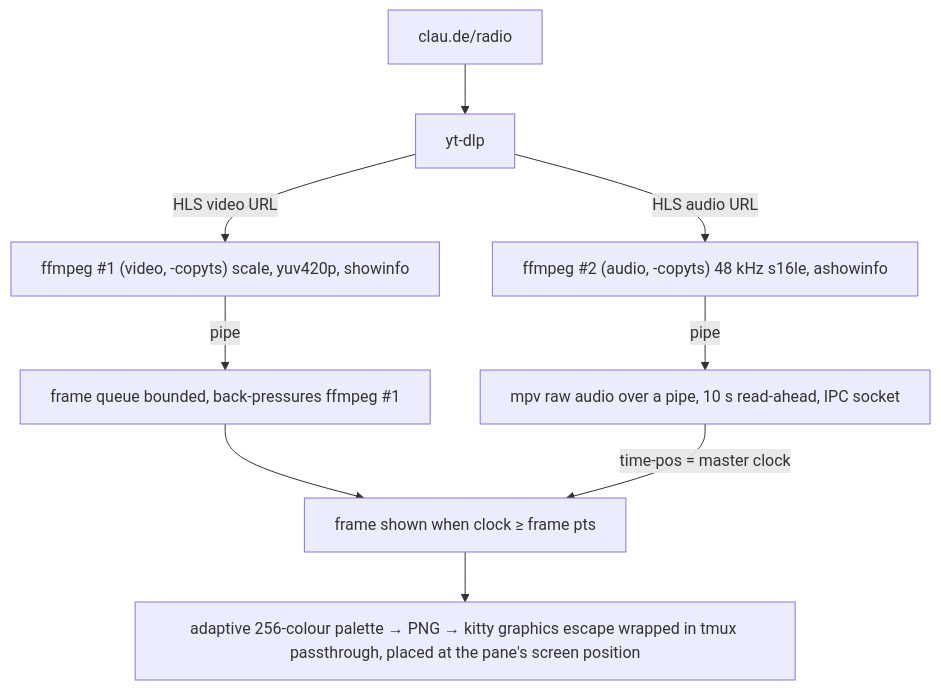
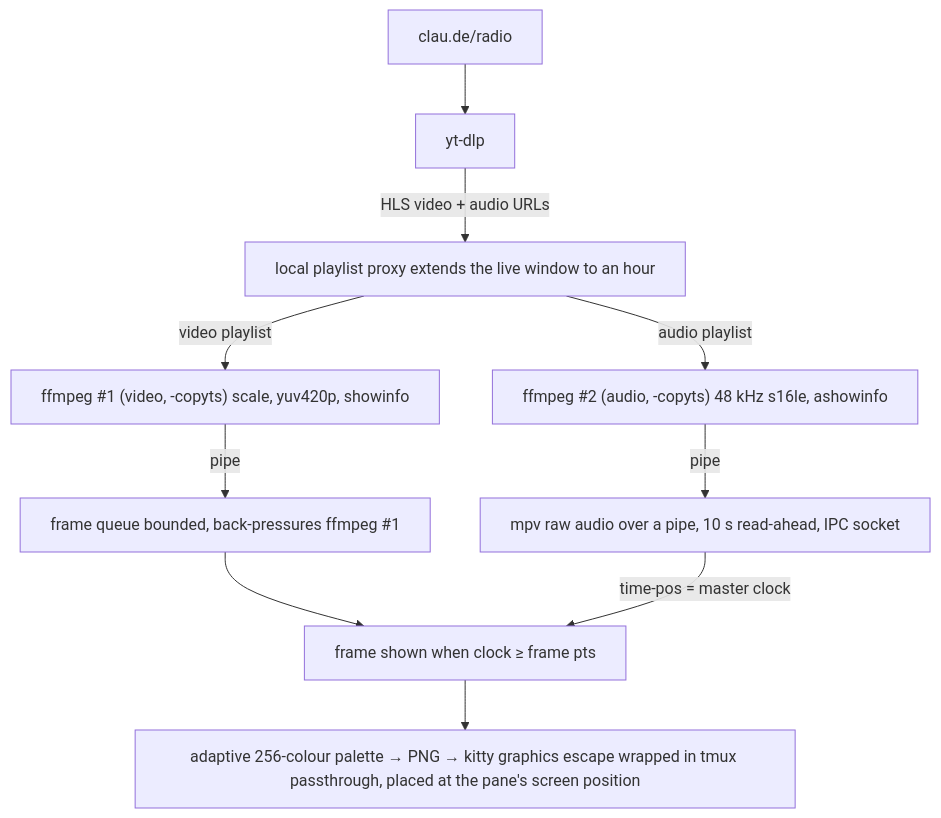
Before and after one commit to v3ceban/claude-fm: the diagram in README.md, drawn with Mermaid. The commit also changed other lines of this file and 10 other files, not shown here.

````diff
--- a/README.md
+++ b/README.md
@@ -100,16 +129,17 @@
 ```mermaid
 ---
 config:
   flowchart:
     wrappingWidth: 600
 ---
 flowchart TD
     page["clau.de/radio"] --> ytdlp["yt-dlp"]
-    ytdlp -->|HLS video URL| ffv["`ffmpeg #1 (video, -copyts) scale, yuv420p, showinfo`"]
-    ytdlp -->|HLS audio URL| ffa["`ffmpeg #2 (audio, -copyts) 48 kHz s16le, ashowinfo`"]
+    ytdlp -->|HLS video + audio URLs| proxy["`local playlist proxy extends the live window to an hour`"]
+    proxy -->|video playlist| ffv["`ffmpeg #1 (video, -copyts) scale, yuv420p, showinfo`"]
+    proxy -->|audio playlist| ffa["`ffmpeg #2 (audio, -copyts) 48 kHz s16le, ashowinfo`"]
     ffv -->|pipe| queue["`frame queue bounded, back-pressures ffmpeg #1`"]
     ffa -->|pipe| mpv["`mpv raw audio over a pipe, 10 s read-ahead, IPC socket`"]
     queue --> show["`frame shown when clock ≥ frame pts`"]
     mpv -->|time-pos = master clock| show
     show --> out["`adaptive 256-colour palette → PNG → kitty graphics escape wrapped in tmux passthrough, placed at the pane's screen position`"]
 ```
````
